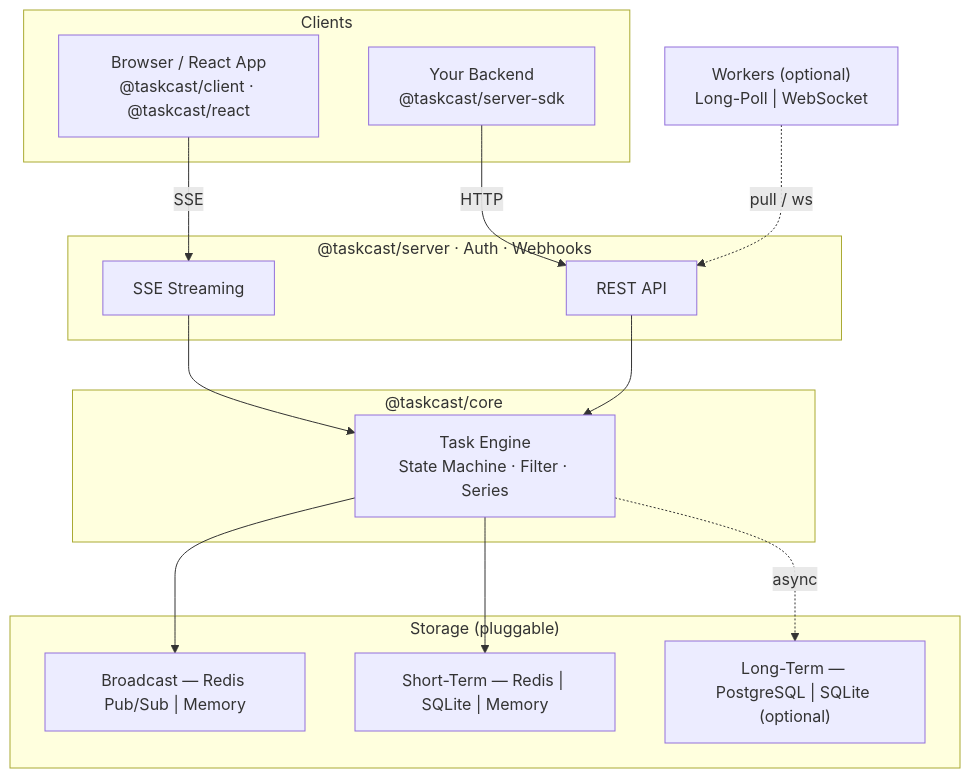
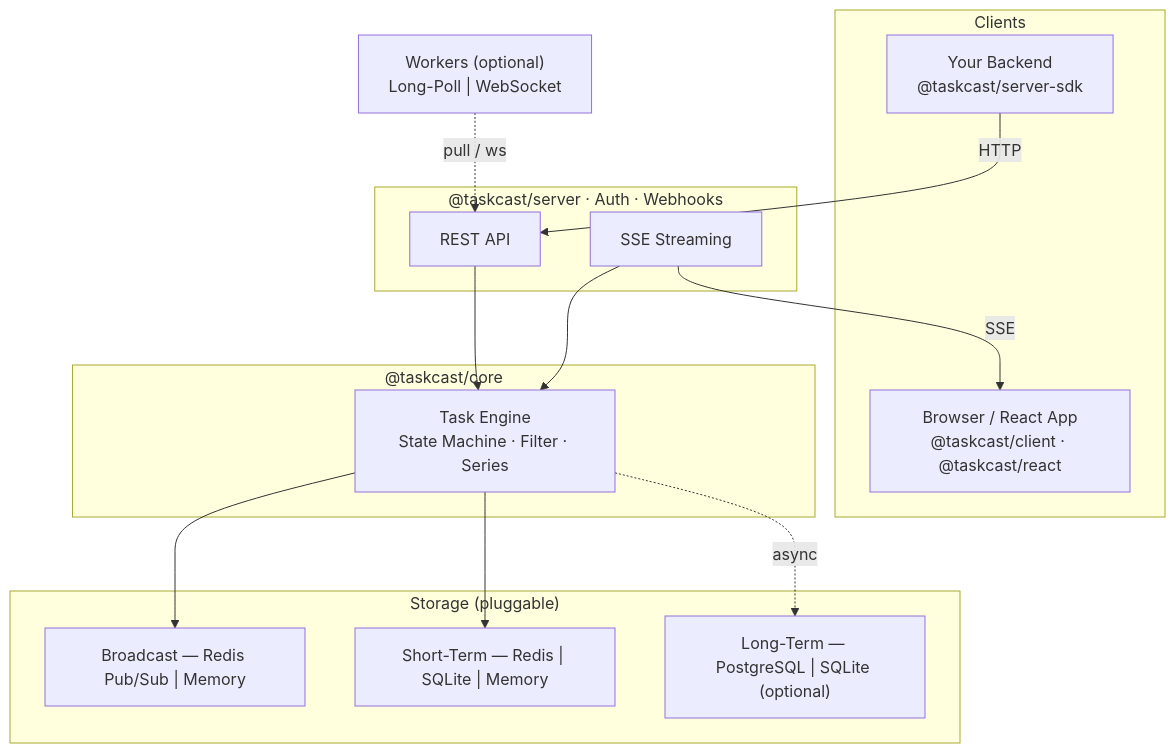
Before and after one commit to weightwave/taskcast: the first of 2 diagrams in README.md, drawn with Mermaid.

Commit message:
fix: correct SSE arrow direction in README architecture diagram
SSE streams flow from server to client, not the other way around.

````diff
--- a/README.md
+++ b/README.md
@@ -38,33 +38,33 @@
 ```mermaid
 graph TB
     subgraph Clients
         Browser["Browser / React App<br/>@taskcast/client · @taskcast/react"]
         Backend["Your Backend<br/>@taskcast/server-sdk"]
     end
 
     Workers["Workers (optional)<br/>Long-Poll | WebSocket"]
 
     subgraph Server["@taskcast/server · Auth · Webhooks"]
         REST["REST API"]
         SSE["SSE Streaming"]
     end
 
     subgraph Core["@taskcast/core"]
         Engine["Task Engine<br/>State Machine · Filter · Series"]
     end
 
     subgraph Storage["Storage (pluggable)"]
         Broadcast["Broadcast — Redis Pub/Sub | Memory"]
         ShortTerm["Short-Term — Redis | SQLite | Memory"]
         LongTerm["Long-Term — PostgreSQL | SQLite (optional)"]
     end
 
-    Browser -->|SSE| SSE
+    SSE -->|SSE| Browser
     Backend -->|HTTP| REST
     Workers -.->|pull / ws| REST
     REST --> Engine
     SSE --> Engine
     Engine --> Broadcast
     Engine --> ShortTerm
     Engine -.->|async| LongTerm
 ```
````
